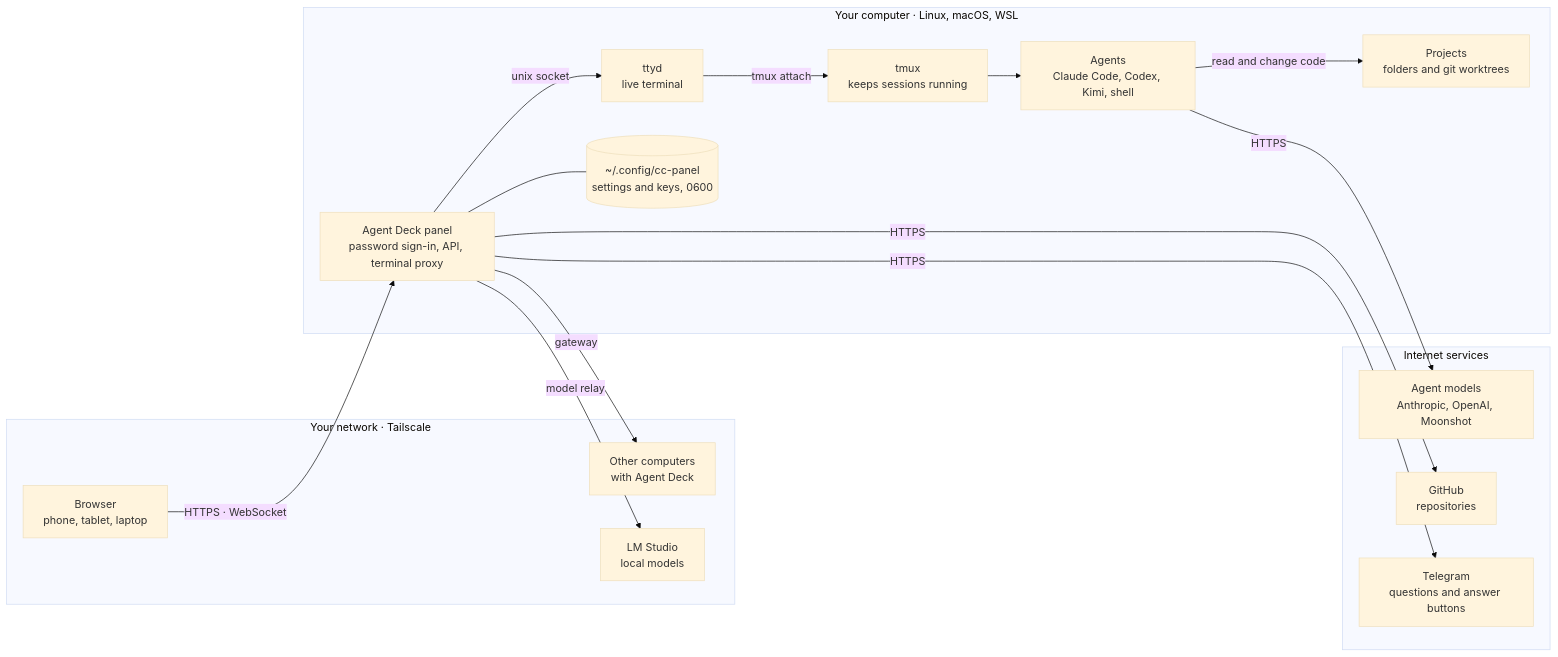
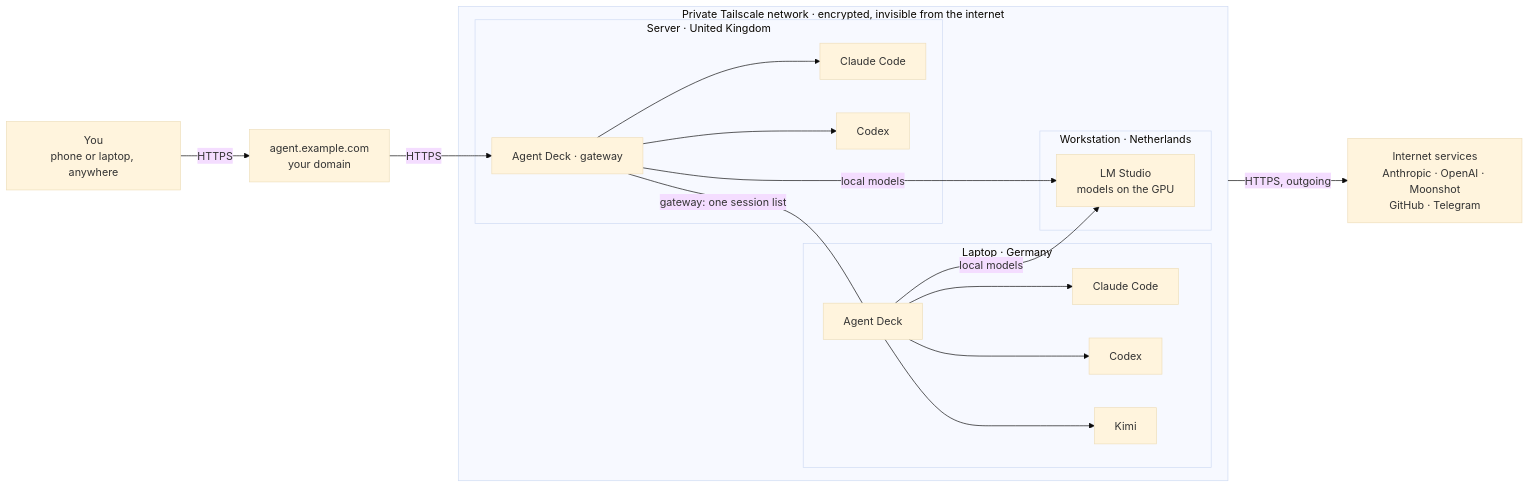
Before and after one commit to matacoder/agent-deck: the diagram in README.md, drawn with Mermaid (base theme). The commit also changed other lines of this file and 22 other files, not shown here.

First line of the commit message:
Draw How it works as a network topology: domain, private Tailscale network, three computers and outside services

````diff
--- a/README.md
+++ b/README.md
@@ -20,32 +20,31 @@
 ```mermaid
 flowchart LR
-  subgraph NET["Your network · Tailscale"]
-    B["Browser<br/>phone, tablet, laptop"]
-    O["Other computers<br/>with Agent Deck"]
-    L["LM Studio<br/>local models"]
+  U["You<br/>phone or laptop, anywhere"] -- "HTTPS" --> D["agent.example.com<br/>your domain"]
+  subgraph NET["Private Tailscale network · encrypted, invisible from the internet"]
+    subgraph C1["Server · United Kingdom"]
+      G["Agent Deck · gateway"]
+      G1["Claude Code"]
+      G2["Codex"]
+    end
+    subgraph C2["Laptop · Germany"]
+      H["Agent Deck"]
+      H1["Claude Code"]
+      H2["Codex"]
+      H3["Kimi"]
+    end
+    subgraph C3["Workstation · Netherlands"]
+      L["LM Studio<br/>models on the GPU"]
+    end
   end
-  subgraph HOST["Your computer · Linux, macOS, WSL"]
-    P["Agent Deck panel<br/>password sign-in, API, terminal proxy"]
-    Y["ttyd<br/>live terminal"]
-    X["tmux<br/>keeps sessions running"]
-    A["Agents<br/>Claude Code, Codex, Kimi, shell"]
-    F["Projects<br/>folders and git worktrees"]
-    C[("~/.config/cc-panel<br/>settings and keys, 0600")]
-    P -- "unix socket" --> Y
-    Y -- "tmux attach" --> X
-    X --> A
-    A -- "read and change code" --> F
-    P --- C
-  end
-  subgraph WEB["Internet services"]
-    M["Agent models<br/>Anthropic, OpenAI, Moonshot"]
-    G["GitHub<br/>repositories"]
-    T["Telegram<br/>questions and answer buttons"]
-  end
-  B -- "HTTPS · WebSocket" --> P
-  P -- "gateway" --> O
-  P -- "model relay" --> L
-  A -- "HTTPS" --> M
-  P -- "HTTPS" --> G
-  P -- "HTTPS" --> T
+  S["Internet services<br/>Anthropic · OpenAI · Moonshot<br/>GitHub · Telegram"]
+  D -- "HTTPS" --> G
+  G -- "gateway: one session list" --- H
+  G --> G1
+  G --> G2
+  H --> H1
+  H --> H2
+  H --> H3
+  G -- "local models" --> L
+  H -- "local models" --> L
+  NET -- "HTTPS, outgoing" --> S
 ```
````
